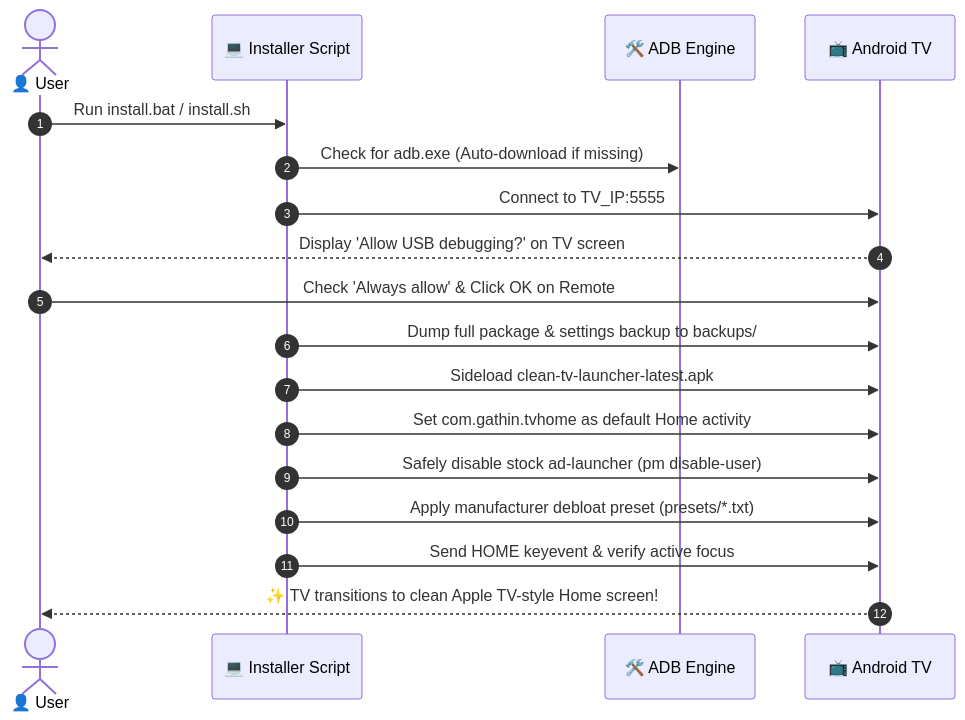
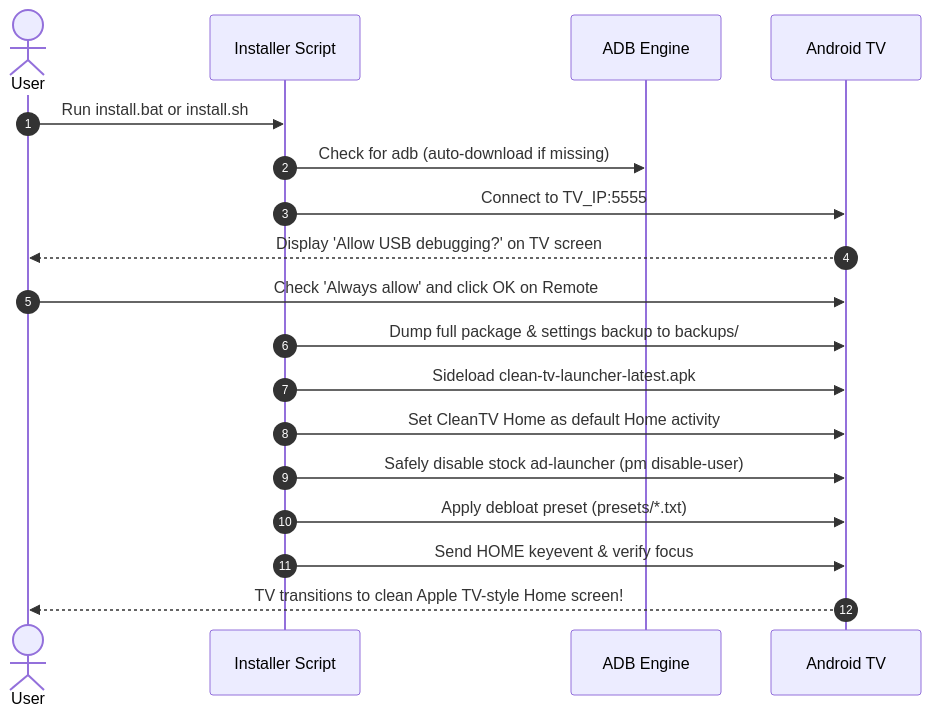
One commit to Rishisharma029/CleanTV-Home changed the second of 3 diagrams in README.md. Above: the diagram before and after it, drawn with Mermaid. The commit also changed other lines of this file, not shown here.

Commit message:
fix(docs): resolve GitHub Mermaid diagram syntax errors

````diff
--- a/README.md
+++ b/README.md
@@ -71,21 +71,21 @@
 ```mermaid
 sequenceDiagram
     autonumber
-    actor User as 👤 User
-    participant Script as 💻 Installer Script
-    participant ADB as 🛠️ ADB Engine
-    participant TV as 📺 Android TV
+    actor User as User
+    participant Script as Installer Script
+    participant ADB as ADB Engine
+    participant TV as Android TV
 
-    User->>Script: Run install.bat / install.sh
-    Script->>ADB: Check for adb.exe (Auto-download if missing)
+    User->>Script: Run install.bat or install.sh
+    Script->>ADB: Check for adb (auto-download if missing)
     Script->>TV: Connect to TV_IP:5555
     TV-->>User: Display 'Allow USB debugging?' on TV screen
-    User->>TV: Check 'Always allow' & Click OK on Remote
+    User->>TV: Check 'Always allow' and click OK on Remote
     Script->>TV: Dump full package & settings backup to backups/
     Script->>TV: Sideload clean-tv-launcher-latest.apk
-    Script->>TV: Set com.gathin.tvhome as default Home activity
+    Script->>TV: Set CleanTV Home as default Home activity
     Script->>TV: Safely disable stock ad-launcher (pm disable-user)
-    Script->>TV: Apply manufacturer debloat preset (presets/*.txt)
-    Script->>TV: Send HOME keyevent & verify active focus
-    TV-->>User: ✨ TV transitions to clean Apple TV-style Home screen!
+    Script->>TV: Apply debloat preset (presets/*.txt)
+    Script->>TV: Send HOME keyevent & verify focus
+    TV-->>User: TV transitions to clean Apple TV-style Home screen!
 ```
````
